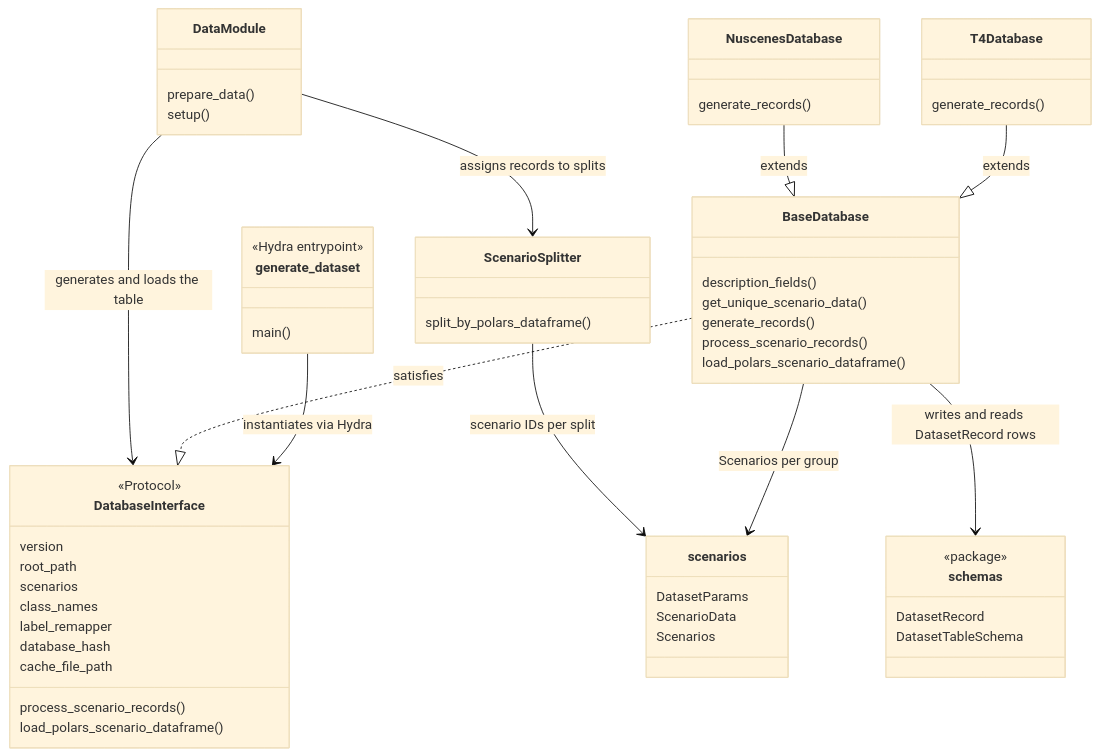
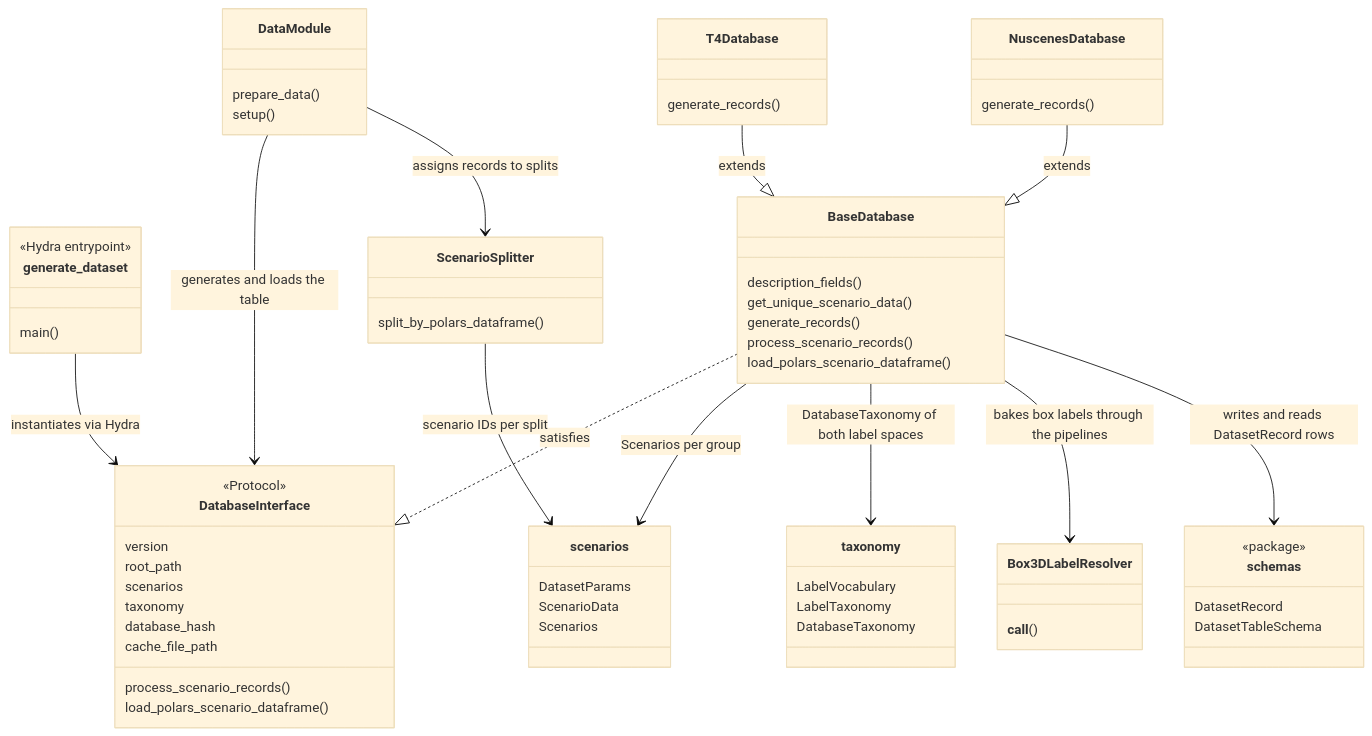
One commit to amadeuszsz/autoware-ml changed the diagram in docs/databases/design.md. Above: the diagram before and after it, drawn with Mermaid (base theme). The commit also changed other lines of this file and 83 other files, not shown here.

Commit message:
refactor(databases)!: database owned taxonomy with fine labels and coarsening

````diff
--- a/docs/databases/design.md
+++ b/docs/databases/design.md
@@ -15,69 +15,80 @@
 ```mermaid
 classDiagram
     direction TB
 
     class generate_dataset {
         <<Hydra entrypoint>>
         main()
     }
 
     class DatabaseInterface {
         <<Protocol>>
         version
         root_path
         scenarios
-        class_names
-        label_remapper
+        taxonomy
         database_hash
         cache_file_path
         process_scenario_records()
         load_polars_scenario_dataframe()
     }
 
     class BaseDatabase {
         description_fields()
         get_unique_scenario_data()
         generate_records()
         process_scenario_records()
         load_polars_scenario_dataframe()
+    }
+
+    class taxonomy {
+        LabelVocabulary
+        LabelTaxonomy
+        DatabaseTaxonomy
+    }
+
+    class Box3DLabelResolver {
+        __call__()
     }
 
     class T4Database {
         generate_records()
     }
 
     class NuscenesDatabase {
         generate_records()
     }
 
     class scenarios {
         DatasetParams
         ScenarioData
         Scenarios
     }
 
     class schemas {
         <<package>>
         DatasetRecord
         DatasetTableSchema
     }
 
     class ScenarioSplitter {
         split_by_polars_dataframe()
     }
 
     class DataModule {
         prepare_data()
         setup()
     }
 
     generate_dataset --> DatabaseInterface : instantiates via Hydra
     BaseDatabase ..|> DatabaseInterface : satisfies
     T4Database --|> BaseDatabase : extends
     NuscenesDatabase --|> BaseDatabase : extends
     BaseDatabase --> scenarios : Scenarios per group
+    BaseDatabase --> taxonomy : DatabaseTaxonomy of both label spaces
+    BaseDatabase --> Box3DLabelResolver : bakes box labels through the pipelines
     BaseDatabase --> schemas : writes and reads DatasetRecord rows
     DataModule --> DatabaseInterface : generates and loads the table
     DataModule --> ScenarioSplitter : assigns records to splits
     ScenarioSplitter --> scenarios : scenario IDs per split
 ```
````
